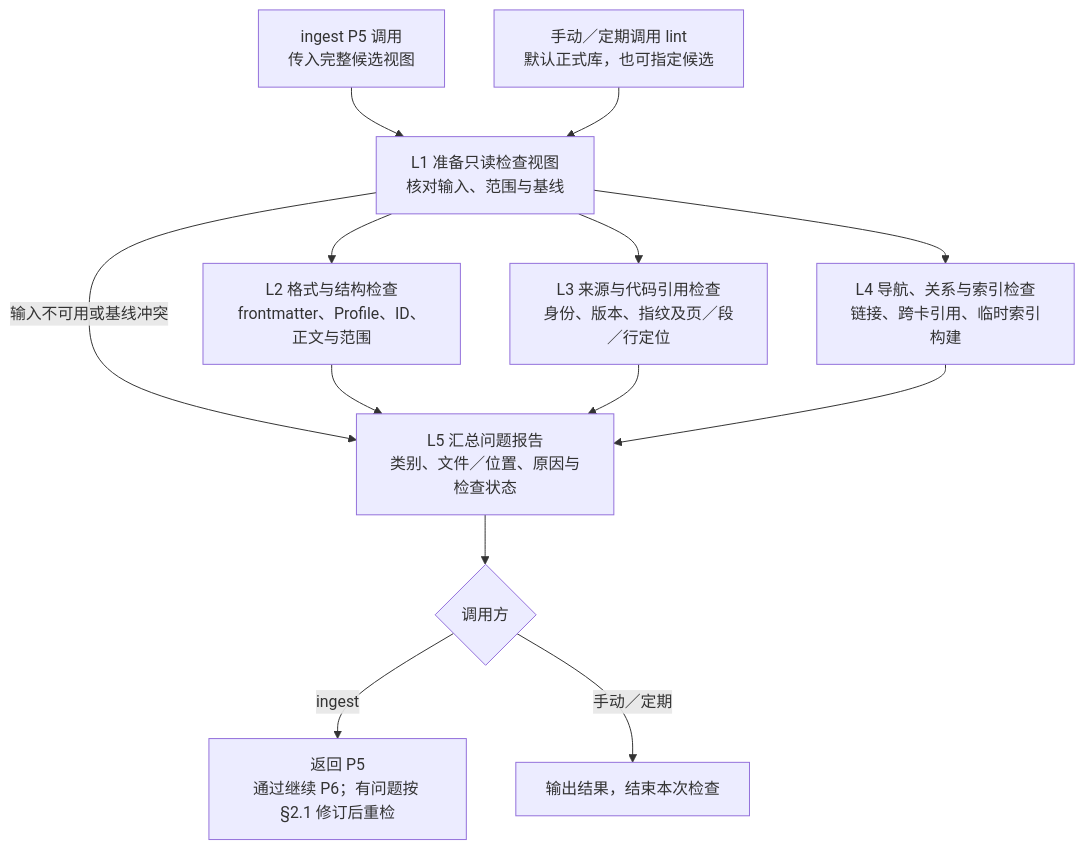
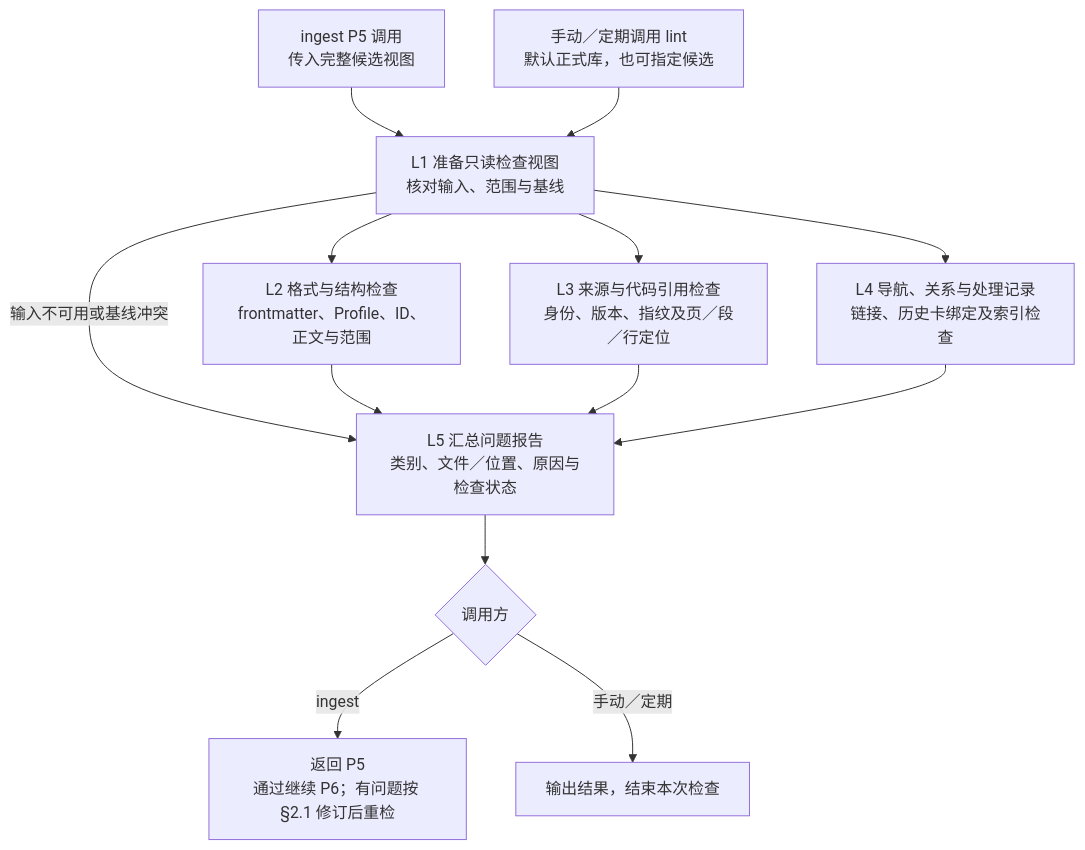
The fifth of 20 diagrams in aiotbot-knowledge-wifi-mp/docs-llm-wiki/知识库详细设计.md (Robin-hhc/FactumCore), drawn with Mermaid before and after one commit. The commit also changed other lines of this file and 115 other files, not shown here.

````diff
--- a/aiotbot-knowledge-wifi-mp/docs-llm-wiki/知识库详细设计.md
+++ b/aiotbot-knowledge-wifi-mp/docs-llm-wiki/知识库详细设计.md
@@ -280,13 +282,13 @@
 ```mermaid
 flowchart TD
     P5["ingest P5 调用<br/>传入完整候选视图"] --> L1["L1 准备只读检查视图<br/>核对输入、范围与基线"]
     MANUAL["手动／定期调用 lint<br/>默认正式库，也可指定候选"] --> L1
     L1 --> L2["L2 格式与结构检查<br/>frontmatter、Profile、ID、正文与范围"]
     L1 --> L3["L3 来源与代码引用检查<br/>身份、版本、指纹及页／段／行定位"]
-    L1 --> L4["L4 导航、关系与索引检查<br/>链接、跨卡引用、临时索引构建"]
+    L1 --> L4["L4 导航、关系与处理记录<br/>链接、历史卡绑定及索引检查"]
     L1 -->|"输入不可用或基线冲突"| L5
     L2 & L3 & L4 --> L5["L5 汇总问题报告<br/>类别、文件／位置、原因与检查状态"]
     L5 --> CALLER{"调用方"}
     CALLER -->|"ingest"| BACK["返回 P5<br/>通过继续 P6；有问题按 §2.1 修订后重检"]
     CALLER -->|"手动／定期"| REPORT["输出结果，结束本次检查"]
 ```
````
